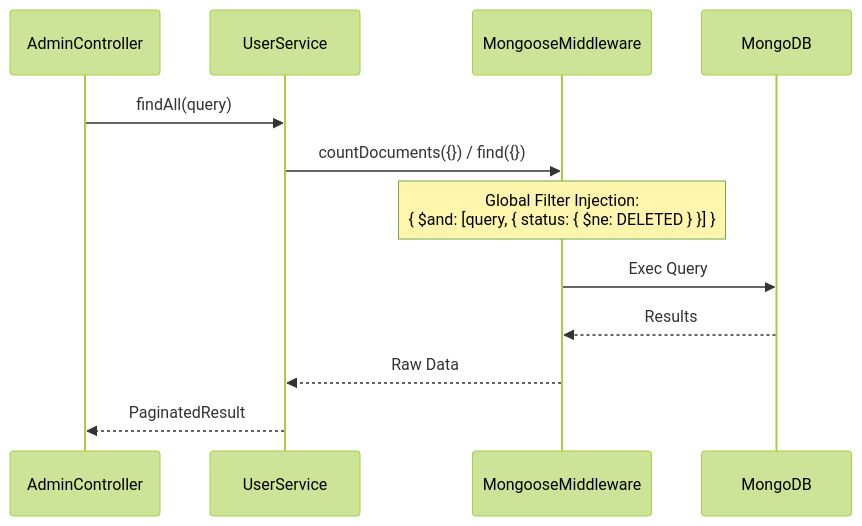
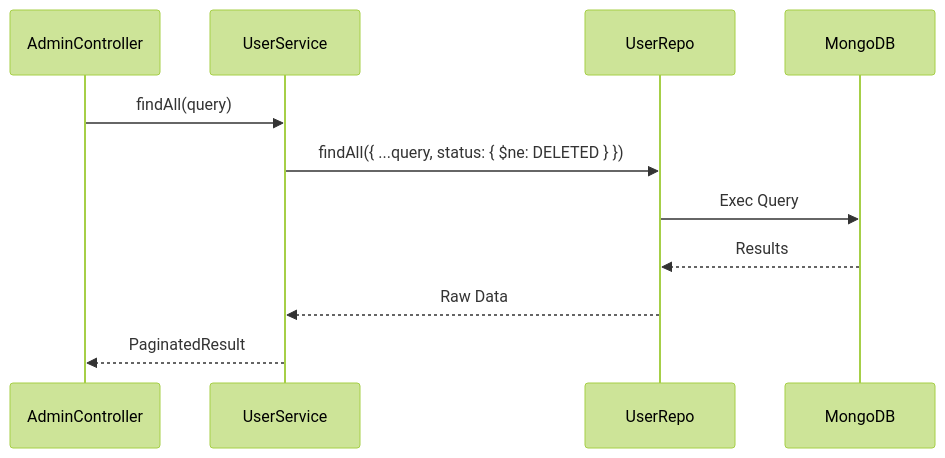
Before and after one commit to SangHynh/atomecom: the ninth of 11 diagrams in server/src/modules/users/README.md, drawn with Mermaid (forest theme). The commit also changed other lines of this file and 20 other files, not shown here.

````diff
--- a/server/src/modules/users/README.md
+++ b/server/src/modules/users/README.md
@@ -241,15 +261,14 @@
 ```mermaid
 sequenceDiagram
     participant C as AdminController
     participant S as UserService
-    participant M as MongooseMiddleware
+    participant Repo as UserRepo
     participant DB as MongoDB
 
     C->>S: findAll(query)
-    S->>M: countDocuments({}) / find({})
-    Note over M: Global Filter Injection:<br/>{ $and: [query, { status: { $ne: DELETED } }] }
-    M->>DB: Exec Query
-    DB-->>M: Results
-    M-->>S: Raw Data
+    S->>Repo: findAll({ ...query, status: { $ne: DELETED } })
+    Repo->>DB: Exec Query
+    DB-->>Repo: Results
+    Repo-->>S: Raw Data
     S-->>C: PaginatedResult
 ```
````
